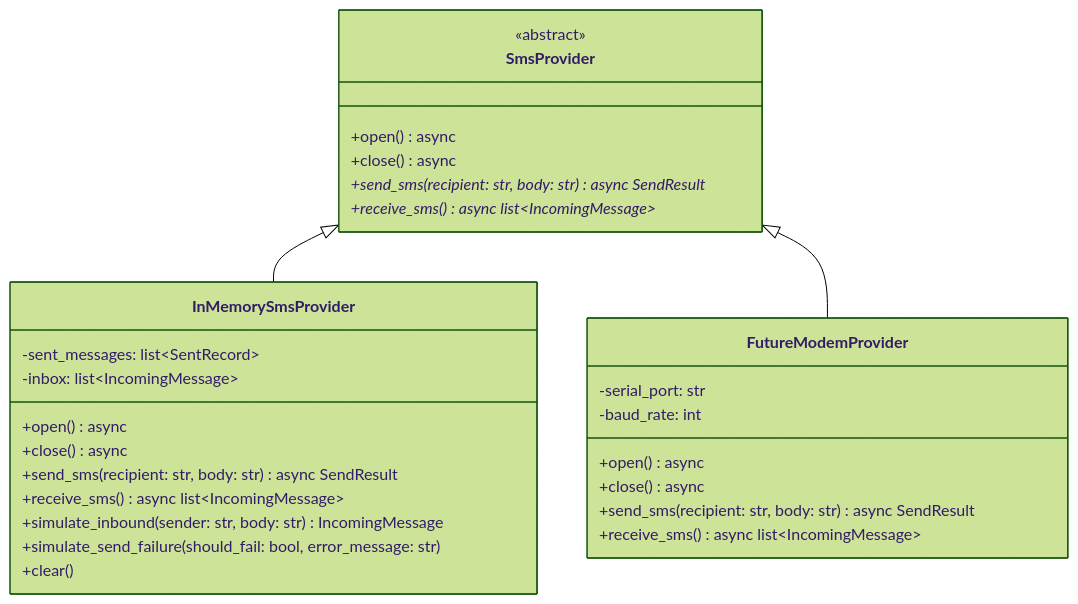
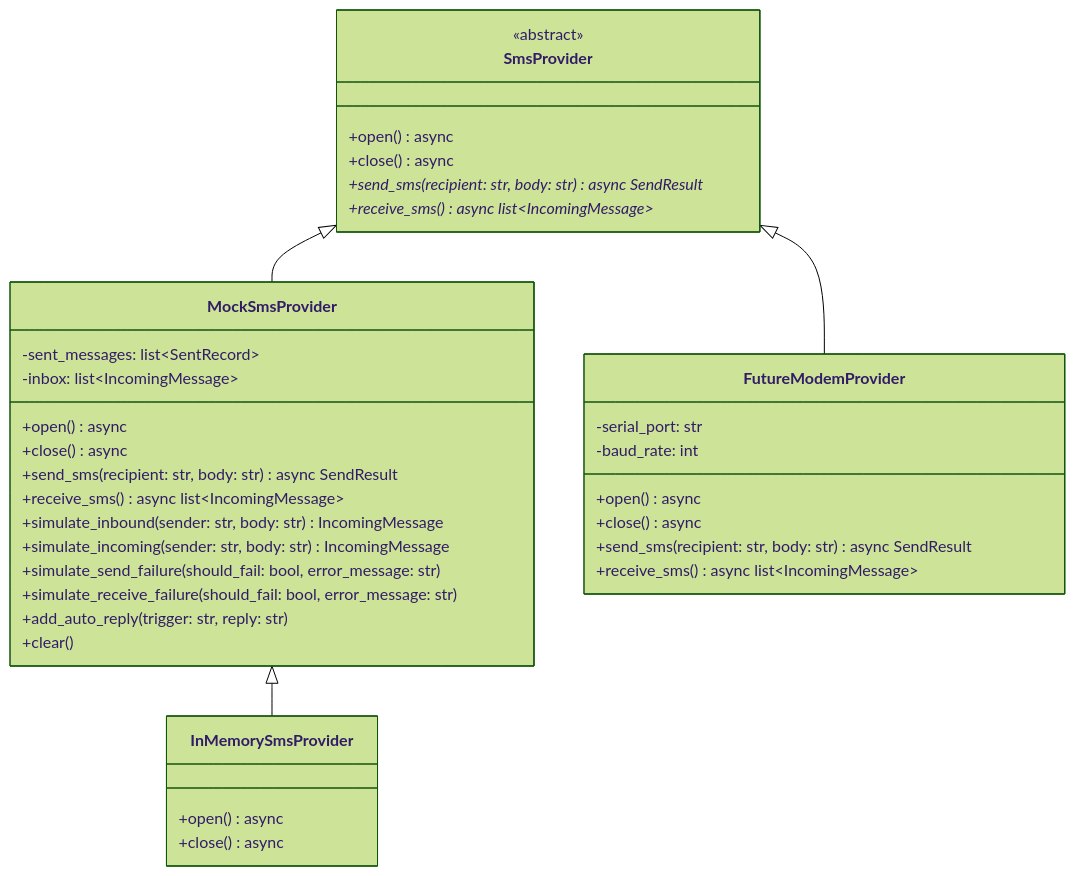
Before and after one commit to jonasfh/snippen-sms-service: the second of 5 diagrams in docs/architecture.md, drawn with Mermaid (forest theme). The commit also changed other lines of this file and 13 other files, not shown here.

First line of the commit message:
(#7) Implement mock SMS provider

````diff
--- a/docs/architecture.md
+++ b/docs/architecture.md
@@ -40,34 +40,43 @@
 ```mermaid
 classDiagram
     class SmsProvider {
         <<abstract>>
         +open() async
         +close() async
         +send_sms(recipient: str, body: str) async SendResult*
         +receive_sms() async list~IncomingMessage~*
     }
 
-    class InMemorySmsProvider {
+    class MockSmsProvider {
         -sent_messages: list~SentRecord~
         -inbox: list~IncomingMessage~
         +open() async
         +close() async
         +send_sms(recipient: str, body: str) async SendResult
         +receive_sms() async list~IncomingMessage~
         +simulate_inbound(sender: str, body: str) IncomingMessage
+        +simulate_incoming(sender: str, body: str) IncomingMessage
         +simulate_send_failure(should_fail: bool, error_message: str)
+        +simulate_receive_failure(should_fail: bool, error_message: str)
+        +add_auto_reply(trigger: str, reply: str)
         +clear()
+    }
+
+    class InMemorySmsProvider {
+        +open() async
+        +close() async
     }
 
     class FutureModemProvider {
         -serial_port: str
         -baud_rate: int
         +open() async
         +close() async
         +send_sms(recipient: str, body: str) async SendResult
         +receive_sms() async list~IncomingMessage~
     }
 
-    SmsProvider <|-- InMemorySmsProvider
+    SmsProvider <|-- MockSmsProvider
+    MockSmsProvider <|-- InMemorySmsProvider
     SmsProvider <|-- FutureModemProvider
 ```
````
